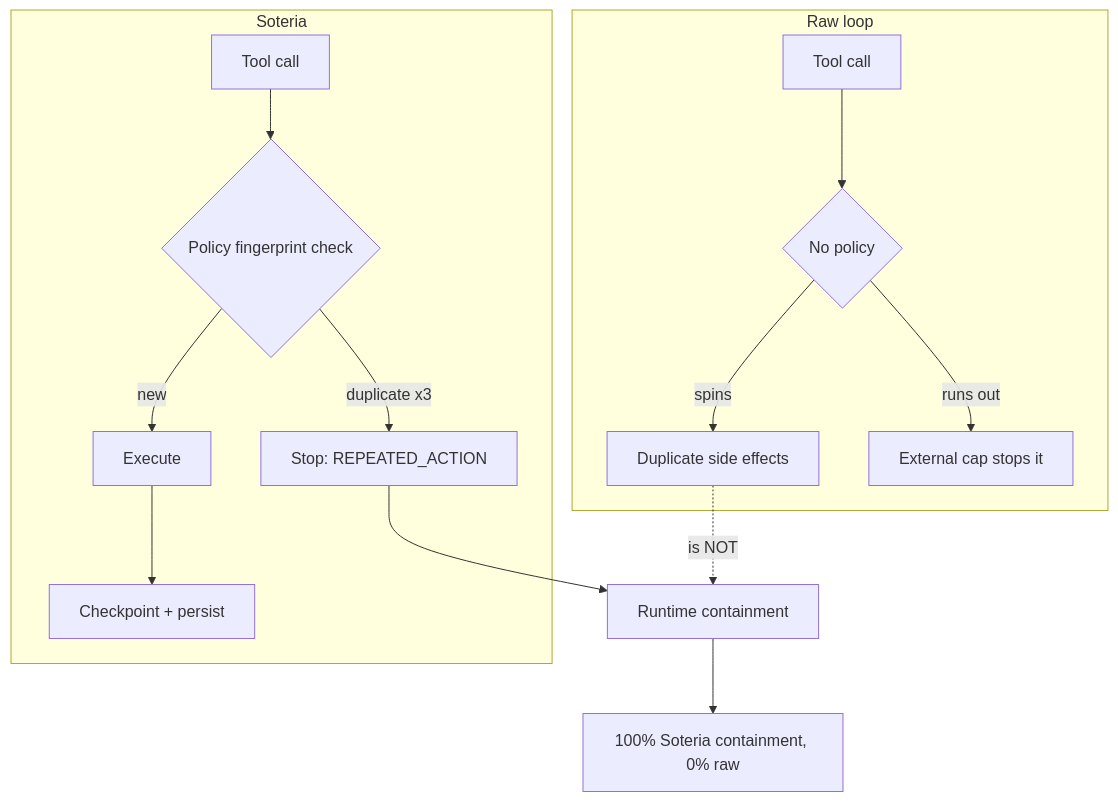
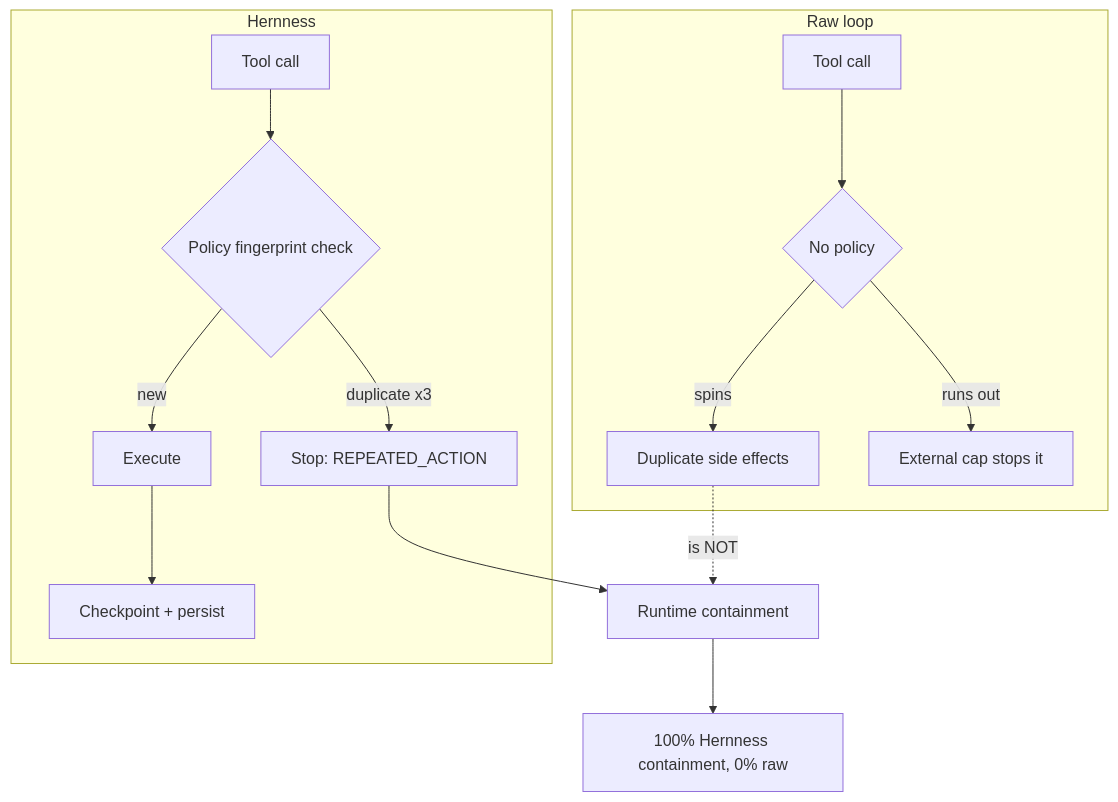
One commit to Fqih/Soteria changed the fourth of 5 diagrams in README.md. Above: the diagram before and after it, drawn with Mermaid. The commit also changed other lines of this file and 8 other files, not shown here.

````diff
--- a/README.md
+++ b/README.md
@@ -355,17 +355,17 @@
 ```mermaid
 flowchart TB
     subgraph "Raw loop"
         R1[Tool call] --> R2{No policy}
         R2 -->|spins| R3[Duplicate side effects]
         R2 -->|runs out| R4[External cap stops it]
     end
-    subgraph "Soteria"
+    subgraph "Hernness"
         L1[Tool call] --> L2{Policy fingerprint check}
         L2 -->|new| L3[Execute]
         L2 -->|duplicate x3| L4[Stop: REPEATED_ACTION]
         L3 --> L5[Checkpoint + persist]
     end
     R3 -.is NOT.-> X[Runtime containment]
     L4 --> X
-    X --> Y[100% Soteria containment, 0% raw]
+    X --> Y[100% Hernness containment, 0% raw]
 ```
````
